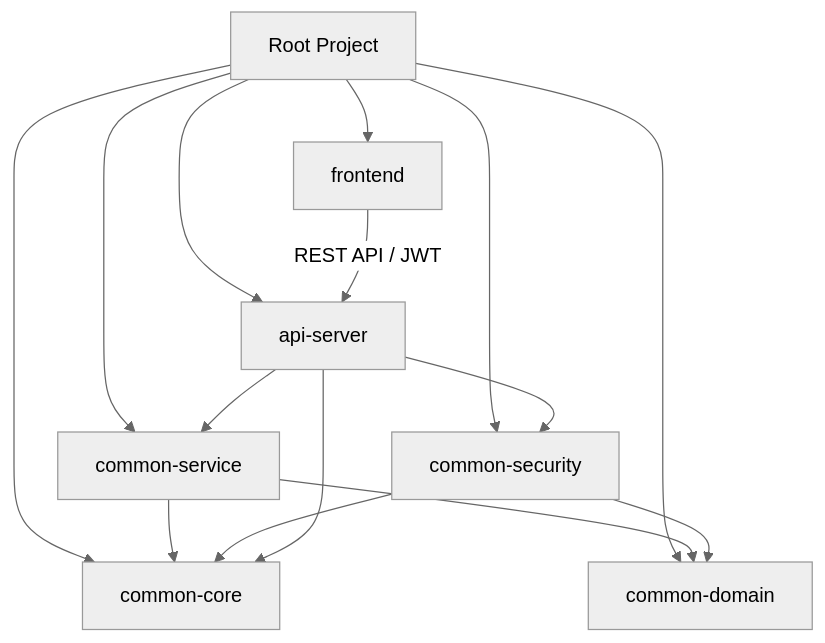
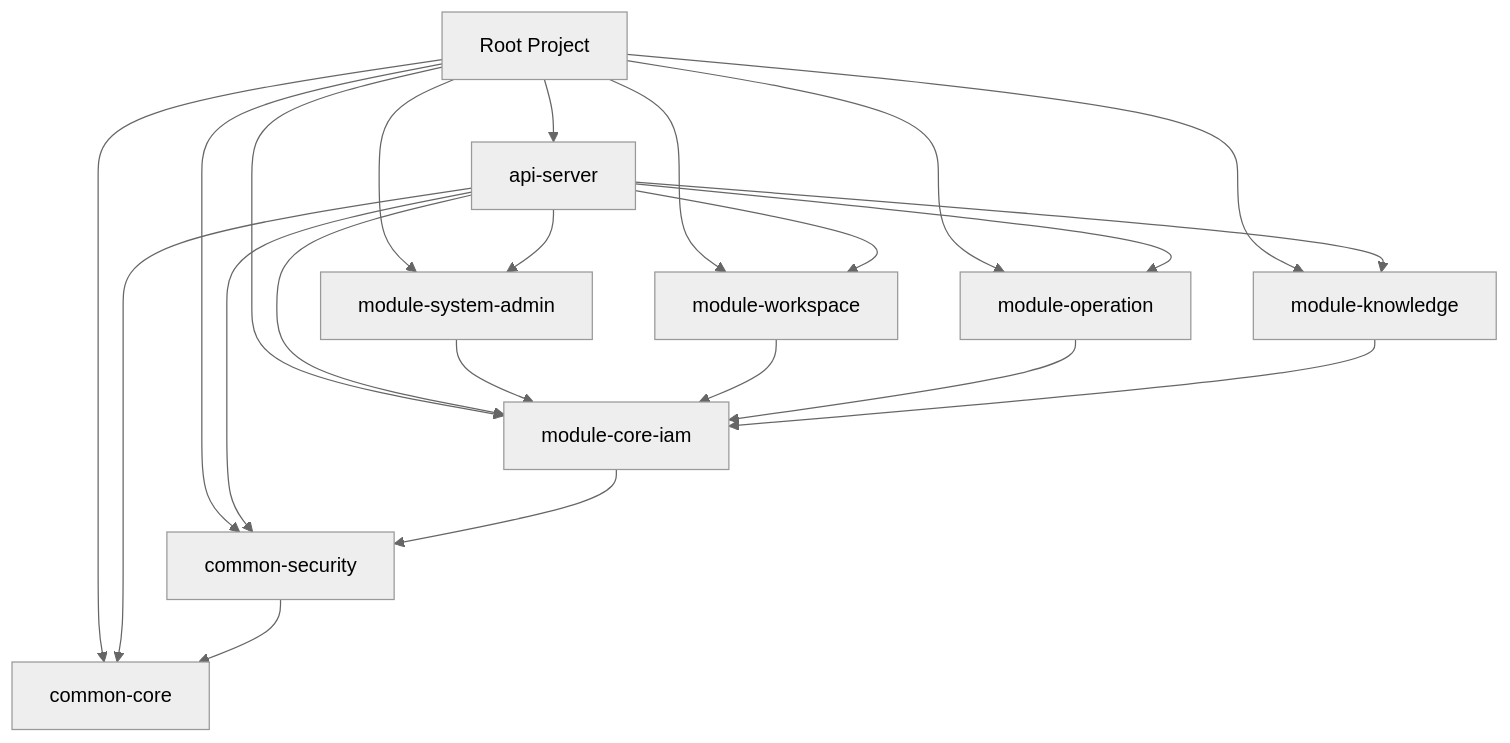
The diagram in docs/TRD.MD (lkindo/egov-enterprise), drawn with Mermaid (neutral theme) before and after one commit. The commit also changed other lines of this file and 7 other files, not shown here.

````diff
--- a/docs/TRD.MD
+++ b/docs/TRD.MD
@@ -65,18 +64,27 @@
 ```mermaid
 graph TD
-    Root[Root Project] --> Core[common-core]
-    Root --> Domain[common-domain]
+    Root[Root Project] --> Entry[api-server]
+    Root --> Core[common-core]
     Root --> Security[common-security]
-    Root --> Service[common-service]
-    Root --> API[api-server]
-    Root --> Frontend[frontend]
+    Root --> IAM[module-core-iam]
+    Root --> SysAdmin[module-system-admin]
+    Root --> Workspace[module-workspace]
+    Root --> Operation[module-operation]
+    Root --> Knowledge[module-knowledge]
 
-    Service --> Domain
-    Service --> Core
-    Security --> Domain
+    Entry --> IAM
+    Entry --> SysAdmin
+    Entry --> Workspace
+    Entry --> Operation
+    Entry --> Knowledge
+    Entry --> Security
+    Entry --> Core
+
+    IAM --> Security
+    SysAdmin --> IAM
+    Workspace --> IAM
+    Operation --> IAM
+    Knowledge --> IAM
+    
     Security --> Core
-    API --> Service
-    API --> Security
-    API --> Core
-    Frontend -- REST API / JWT --> API
 ```
````
